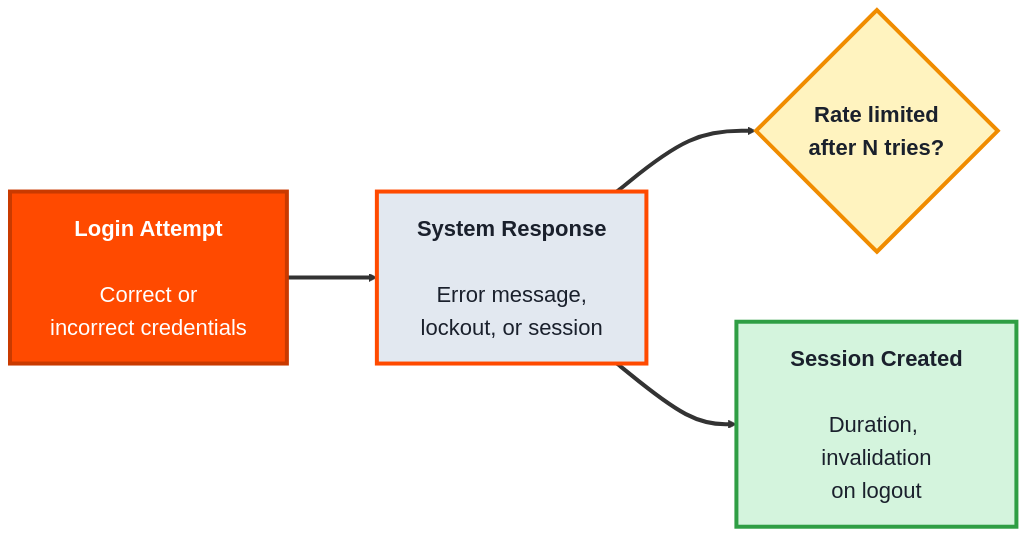
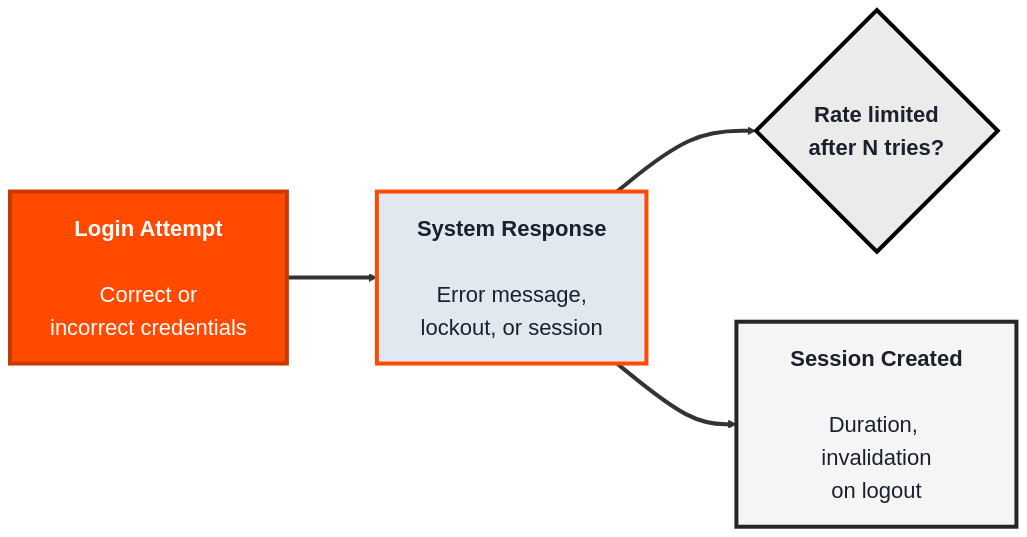
The second of 3 diagrams in src/Pages/courses/TechQA/module-7-security-testing.md (SHEMODELTECH/shemodeltech), drawn with Mermaid before and after one commit. The commit also changed other lines of this file and 46 other files, not shown here.

````diff
--- a/src/Pages/courses/TechQA/module-7-security-testing.md
+++ b/src/Pages/courses/TechQA/module-7-security-testing.md
@@ -79,18 +79,18 @@
 ```mermaid
 %%{init: {'theme':'base', 'themeVariables': {'fontSize':'22px', 'primaryTextColor':'#1a202c', 'primaryBorderColor':'#c93a00', 'lineColor':'#333333'}, 'flowchart': {'nodeSpacing': 70, 'rankSpacing': 90, 'padding': 20}}}%%
 flowchart LR
     LOGIN["<b>Login Attempt</b><br/><br/>Correct or<br/>incorrect credentials"]
     RESP["<b>System Response</b><br/><br/>Error message,<br/>lockout, or session"]
     RL{"<b>Rate limited<br/>after N tries?</b>"}
     SESS["<b>Session Created</b><br/><br/>Duration, invalidation<br/>on logout"]
 
     LOGIN ==> RESP
     RESP ==> RL
     RESP ==> SESS
 
     style LOGIN fill:#ff4a00,color:#fff,stroke:#c93a00,stroke-width:4px
     style RESP fill:#e2e8f0,color:#1a202c,stroke:#ff4a00,stroke-width:4px
-    style RL fill:#fff3bf,color:#1a202c,stroke:#f08c00,stroke-width:4px
-    style SESS fill:#d4f4dd,color:#1a202c,stroke:#2f9e44,stroke-width:4px
+    style RL fill:#EBEBEB,color:#1a202c,stroke:#000000,stroke-width:4px
+    style SESS fill:#F5F5F5,color:#1a202c,stroke:#262626,stroke-width:4px
     linkStyle default stroke-width:4px,stroke:#333333
 ```
````
